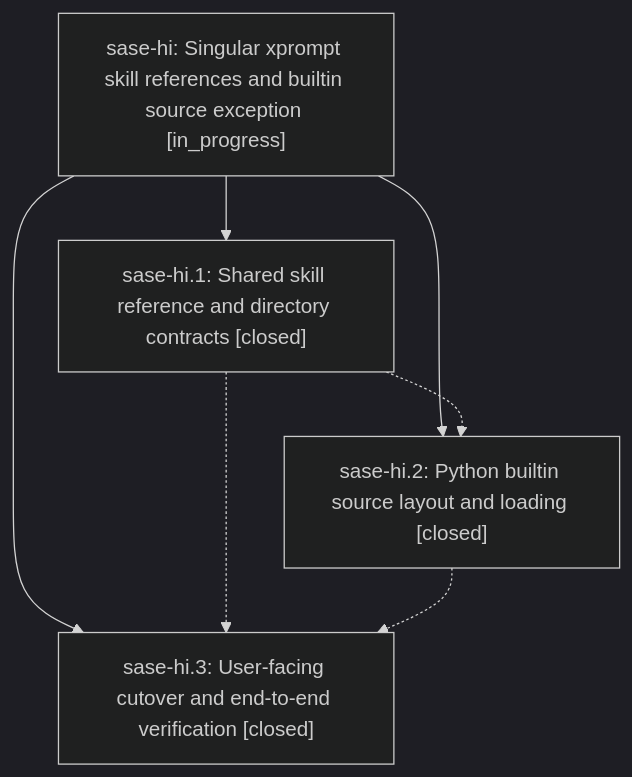
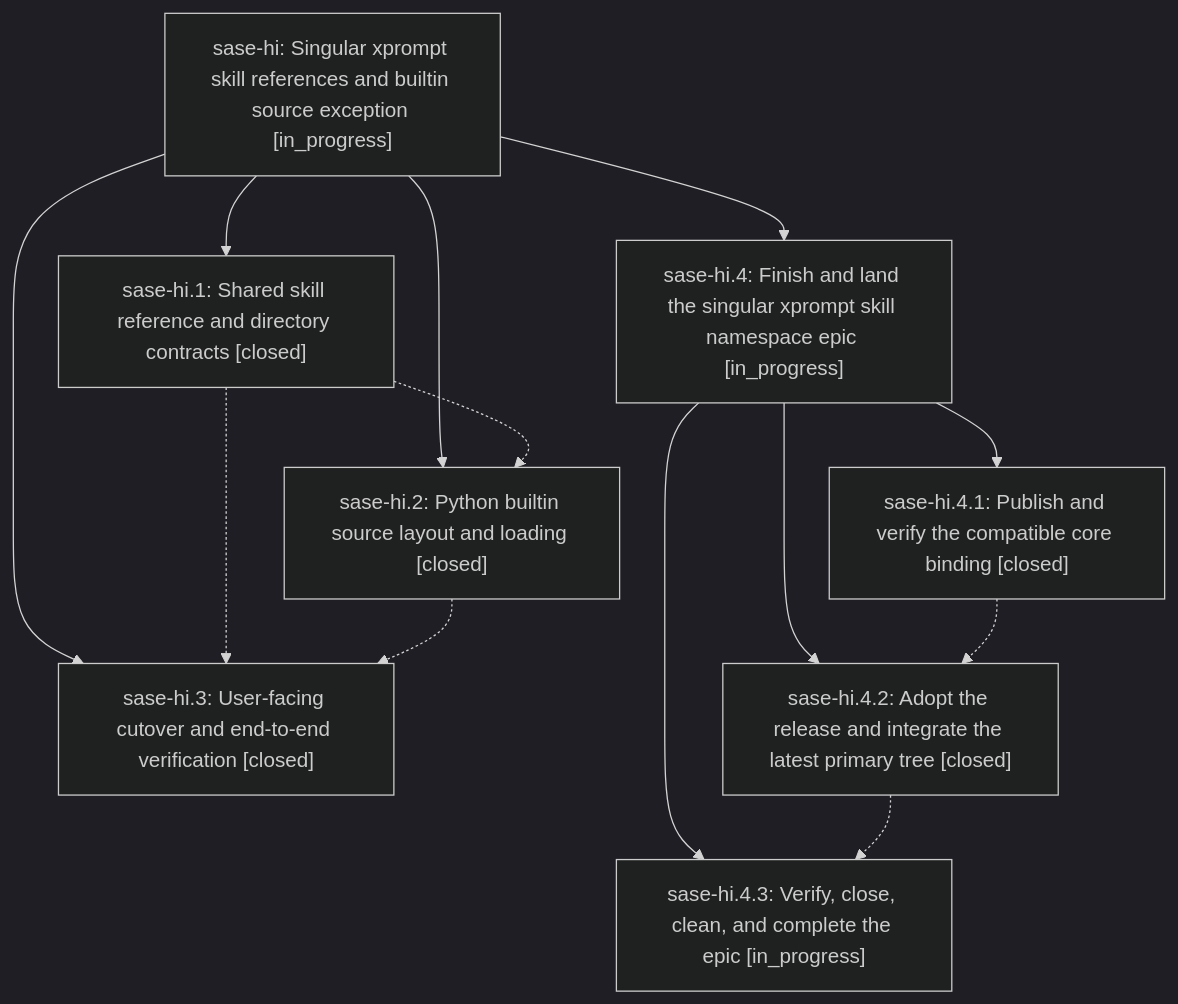
The diagram in pages/sase-hi/README.md (sase-org/sase--beads), drawn with Mermaid (dark theme) before and after one commit. The commit also changed other lines of this file and 4 other files, not shown here.

````diff
--- a/pages/sase-hi/README.md
+++ b/pages/sase-hi/README.md
@@ -24,13 +28,23 @@
 ```mermaid
 flowchart TD
     n0["sase-hi: Singular xprompt skill references and builtin source exception [in_progress]"]
     n1["sase-hi.1: Shared skill reference and directory contracts [closed]"]
     n2["sase-hi.2: Python builtin source layout and loading [closed]"]
     n3["sase-hi.3: User-facing cutover and end-to-end verification [closed]"]
+    n4["sase-hi.4: Finish and land the singular xprompt skill namespace epic [in_progress]"]
+    n5["sase-hi.4.1: Publish and verify the compatible core binding [closed]"]
+    n6["sase-hi.4.2: Adopt the release and integrate the latest primary tree [closed]"]
+    n7["sase-hi.4.3: Verify, close, clean, and complete the epic [in_progress]"]
     n0 --> n1
     n0 --> n2
     n0 --> n3
+    n0 --> n4
+    n4 --> n5
+    n4 --> n6
+    n4 --> n7
     n1 -.-> n2
     n1 -.-> n3
     n2 -.-> n3
+    n5 -.-> n6
+    n6 -.-> n7
 ```
````
